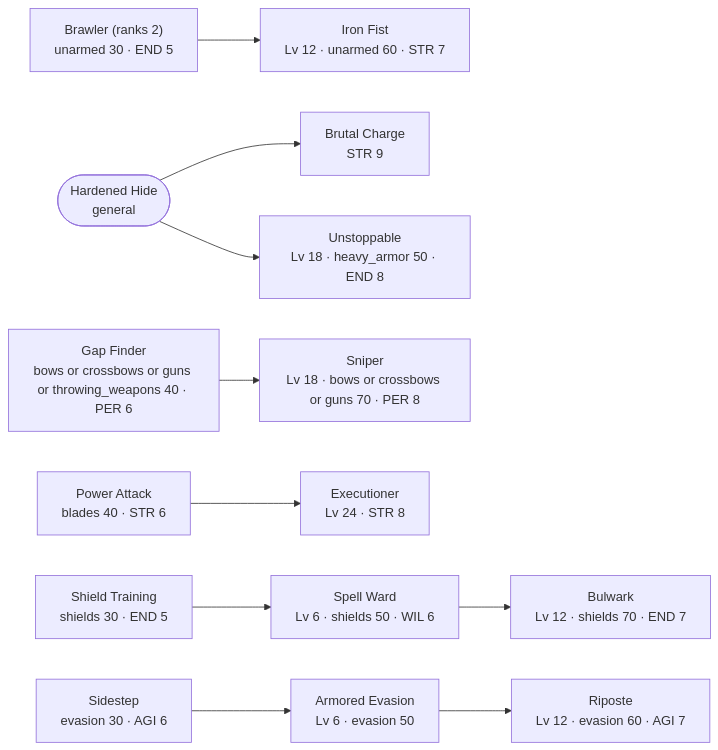
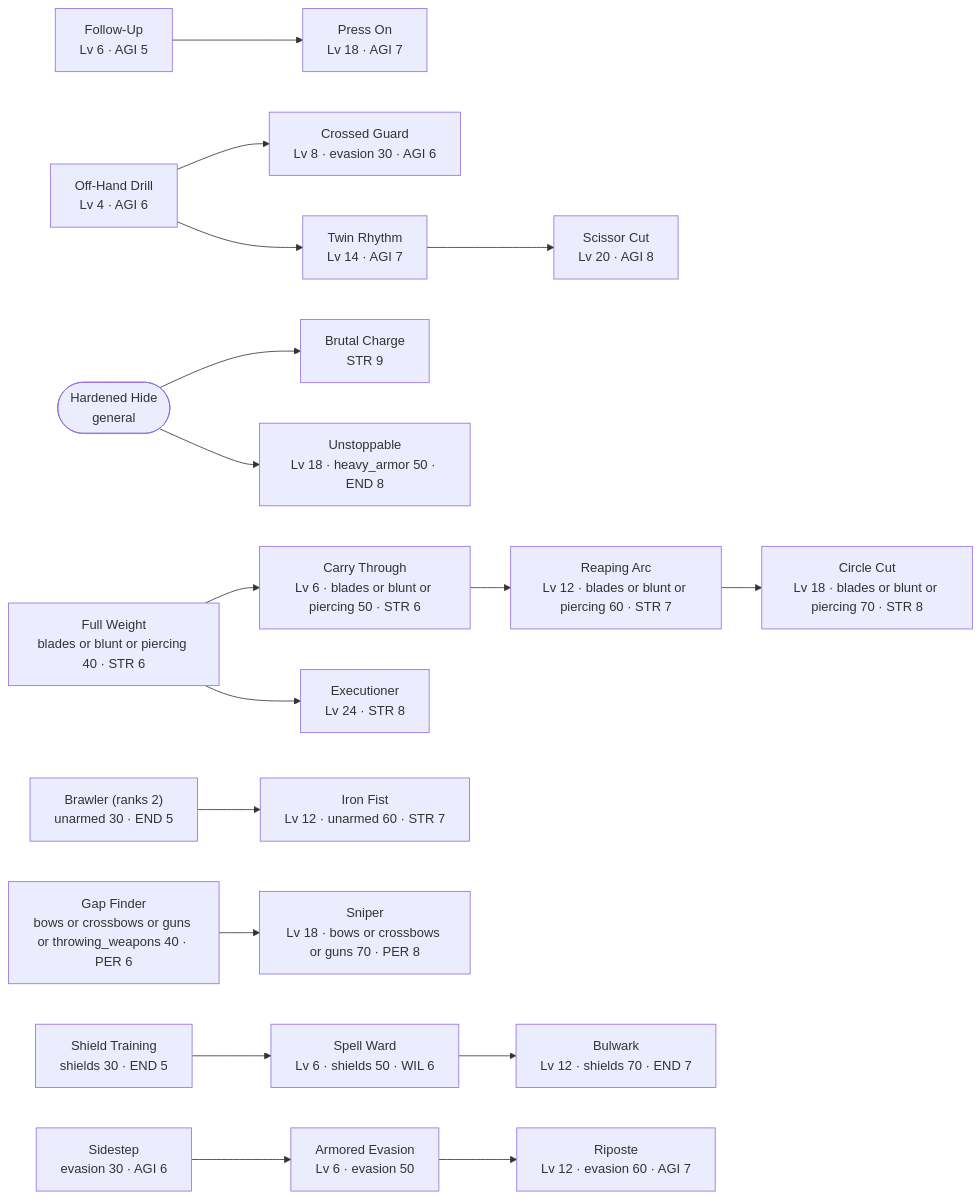
One commit to SETA1609/riftweave-core changed the first of 5 diagrams in docs/core/perk-ladders.md. Above: the diagram before and after it, drawn with Mermaid. The commit also changed other lines of this file and 24 other files, not shown here.

Commit message:
GD_S05_01 Data: the attack sequences, the melee ladders, full_weight and carry_through, and attack_sequence in Python and Go

````diff
--- a/docs/core/perk-ladders.md
+++ b/docs/core/perk-ladders.md
@@ -18,27 +18,43 @@
 ```mermaid
 graph LR
-  power_attack["Power Attack<br/>blades 40 · STR 6"]
+  full_weight["Full Weight<br/>blades or blunt or piercing 40 · STR 6"]
   gap_finder["Gap Finder<br/>bows or crossbows or guns or throwing_weapons 40 · PER 6"]
   brutal_charge["Brutal Charge<br/>STR 9"]
+  carry_through["Carry Through<br/>Lv 6 · blades or blunt or piercing 50 · STR 6"]
+  reaping_arc["Reaping Arc<br/>Lv 12 · blades or blunt or piercing 60 · STR 7"]
+  circle_cut["Circle Cut<br/>Lv 18 · blades or blunt or piercing 70 · STR 8"]
+  follow_up["Follow-Up<br/>Lv 6 · AGI 5"]
+  press_on["Press On<br/>Lv 18 · AGI 7"]
+  off_hand_drill["Off-Hand Drill<br/>Lv 4 · AGI 6"]
+  crossed_guard["Crossed Guard<br/>Lv 8 · evasion 30 · AGI 6"]
+  twin_rhythm["Twin Rhythm<br/>Lv 14 · AGI 7"]
+  scissor_cut["Scissor Cut<br/>Lv 20 · AGI 8"]
   brawler["Brawler (ranks 2)<br/>unarmed 30 · END 5"]
   iron_fist["Iron Fist<br/>Lv 12 · unarmed 60 · STR 7"]
   sniper["Sniper<br/>Lv 18 · bows or crossbows or guns 70 · PER 8"]
   unstoppable["Unstoppable<br/>Lv 18 · heavy_armor 50 · END 8"]
   executioner["Executioner<br/>Lv 24 · STR 8"]
   shield_training["Shield Training<br/>shields 30 · END 5"]
   spell_ward["Spell Ward<br/>Lv 6 · shields 50 · WIL 6"]
   bulwark["Bulwark<br/>Lv 12 · shields 70 · END 7"]
   sidestep["Sidestep<br/>evasion 30 · AGI 6"]
   armored_evasion["Armored Evasion<br/>Lv 6 · evasion 50"]
   riposte["Riposte<br/>Lv 12 · evasion 60 · AGI 7"]
   hardened_hide(["Hardened Hide<br/>general"])
   hardened_hide --> brutal_charge
+  full_weight --> carry_through
+  carry_through --> reaping_arc
+  reaping_arc --> circle_cut
+  follow_up --> press_on
+  off_hand_drill --> crossed_guard
+  off_hand_drill --> twin_rhythm
+  twin_rhythm --> scissor_cut
   brawler --> iron_fist
   gap_finder --> sniper
   hardened_hide --> unstoppable
-  power_attack --> executioner
+  full_weight --> executioner
   shield_training --> spell_ward
   spell_ward --> bulwark
   sidestep --> armored_evasion
   armored_evasion --> riposte
 ```
````
